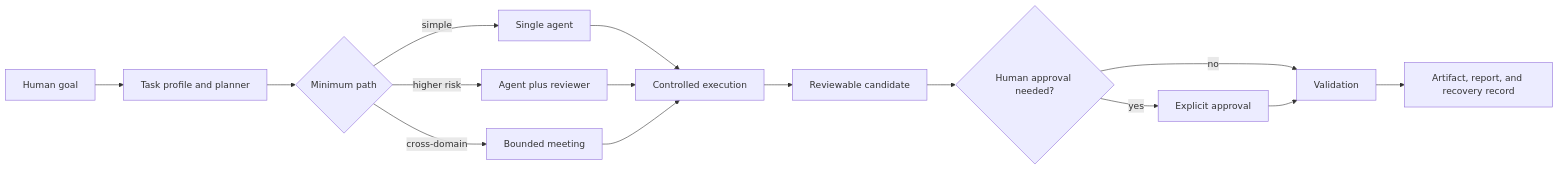
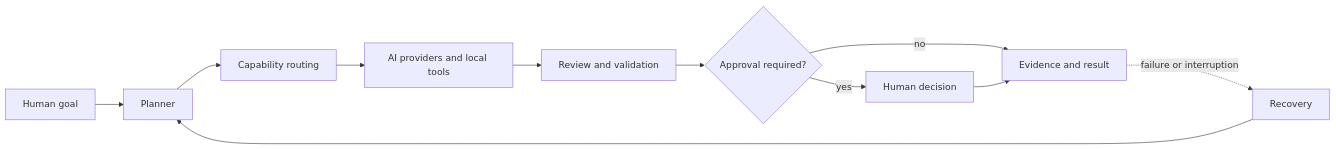
One commit to ryanshi1103/ai-workflow-foundry changed the diagram in README.md. Above: the diagram before and after it, drawn with Mermaid. The commit also changed other lines of this file and 24 other files, not shown here.

````diff
--- a/README.md
+++ b/README.md
@@ -211,17 +68,13 @@
 ```mermaid
 flowchart LR
-    G[Human goal] --> P[Task profile and planner]
-    P --> R{Minimum path}
-    R -->|simple| S[Single agent]
-    R -->|higher risk| V[Agent plus reviewer]
-    R -->|cross-domain| M[Bounded meeting]
-    S --> X[Controlled execution]
-    V --> X
-    M --> X
-    X --> C[Reviewable candidate]
-    C --> H{Human approval needed?}
-    H -->|yes| A[Explicit approval]
-    H -->|no| Q[Validation]
-    A --> Q
-    Q --> O[Artifact, report, and recovery record]
+    G[Human goal] --> P[Planner]
+    P --> R[Capability routing]
+    R --> T[AI providers and local tools]
+    T --> V[Review and validation]
+    V --> A{Approval required?}
+    A -->|yes| H[Human decision]
+    A -->|no| E[Evidence and result]
+    H --> E
+    E -. failure or interruption .-> C[Recovery]
+    C --> P
 ```
````
